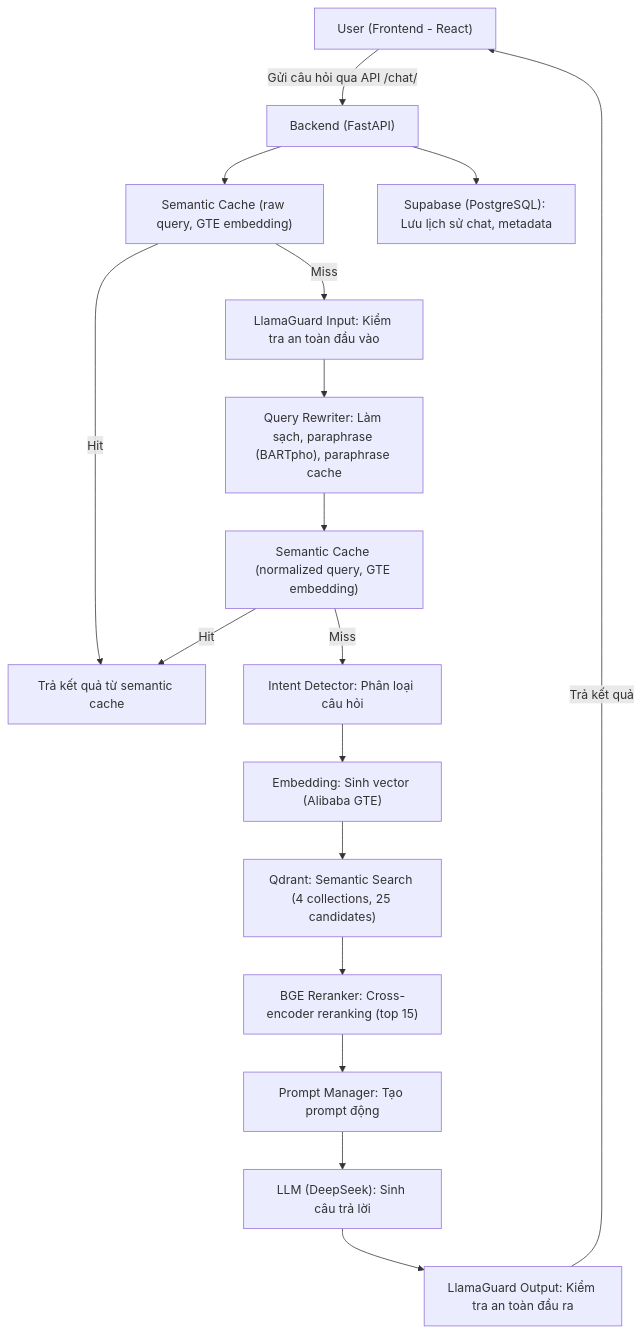
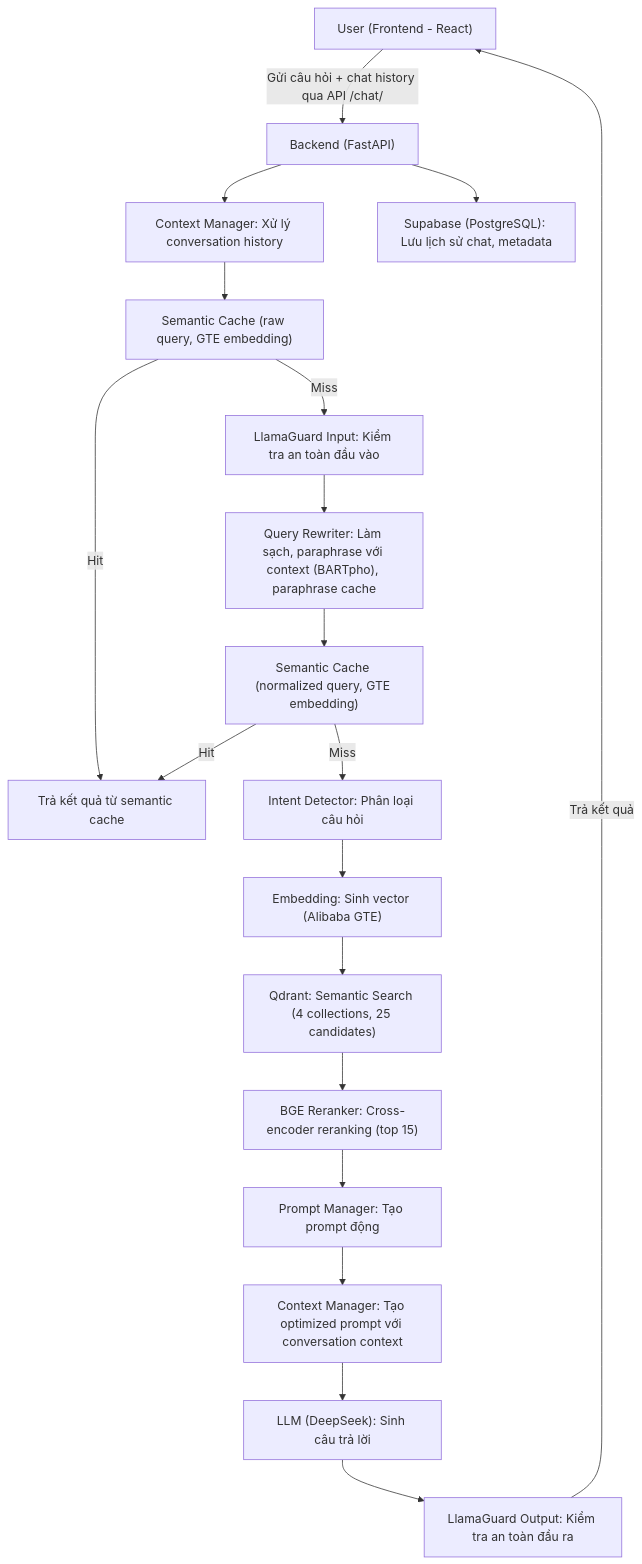
One commit to tuananhne1110/Cutru_chatbot changed the first of 2 diagrams in docs/Workflow.md. Above: the diagram before and after it, drawn with Mermaid. The commit also changed other lines of this file and 6 other files, not shown here.

````diff
--- a/docs/Workflow.md
+++ b/docs/Workflow.md
@@ -5,19 +5,21 @@
 ```mermaid
 graph TD;
-  A["User (Frontend - React)"] -->|"Gửi câu hỏi qua API /chat/"| B["Backend (FastAPI)"]
-  B --> C0["Semantic Cache (raw query, GTE embedding)"]
-  C0 -- "Hit" --> Z["Trả kết quả từ semantic cache"]
-  C0 -- "Miss" --> C1["LlamaGuard Input: Kiểm tra an toàn đầu vào"]
-  C1 --> C2["Query Rewriter: Làm sạch, paraphrase (BARTpho), paraphrase cache"]
-  C2 --> C3["Semantic Cache (normalized query, GTE embedding)"]
-  C3 -- "Hit" --> Z
-  C3 -- "Miss" --> C4["Intent Detector: Phân loại câu hỏi"]
-  C4 --> C5["Embedding: Sinh vector (Alibaba GTE)"]
-  C5 --> C6["Qdrant: Semantic Search (4 collections, 25 candidates)"]
-  C6 --> C7["BGE Reranker: Cross-encoder reranking (top 15)"]
-  C7 --> C8["Prompt Manager: Tạo prompt động"]
-  C8 --> C9["LLM (DeepSeek): Sinh câu trả lời"]
-  C9 --> C10["LlamaGuard Output: Kiểm tra an toàn đầu ra"]
-  C10 -->|"Trả kết quả"| A
+  A["User (Frontend - React)"] -->|"Gửi câu hỏi + chat history qua API /chat/"| B["Backend (FastAPI)"]
+  B --> C0["Context Manager: Xử lý conversation history"]
+  C0 --> C1["Semantic Cache (raw query, GTE embedding)"]
+  C1 -- "Hit" --> Z["Trả kết quả từ semantic cache"]
+  C1 -- "Miss" --> C2["LlamaGuard Input: Kiểm tra an toàn đầu vào"]
+  C2 --> C3["Query Rewriter: Làm sạch, paraphrase với context (BARTpho), paraphrase cache"]
+  C3 --> C4["Semantic Cache (normalized query, GTE embedding)"]
+  C4 -- "Hit" --> Z
+  C4 -- "Miss" --> C5["Intent Detector: Phân loại câu hỏi"]
+  C5 --> C6["Embedding: Sinh vector (Alibaba GTE)"]
+  C6 --> C7["Qdrant: Semantic Search (4 collections, 25 candidates)"]
+  C7 --> C8["BGE Reranker: Cross-encoder reranking (top 15)"]
+  C8 --> C9["Prompt Manager: Tạo prompt động"]
+  C9 --> C10["Context Manager: Tạo optimized prompt với conversation context"]
+  C10 --> C11["LLM (DeepSeek): Sinh câu trả lời"]
+  C11 --> C12["LlamaGuard Output: Kiểm tra an toàn đầu ra"]
+  C12 -->|"Trả kết quả"| A
   B --> D["Supabase (PostgreSQL): Lưu lịch sử chat, metadata"]
 ```
````
